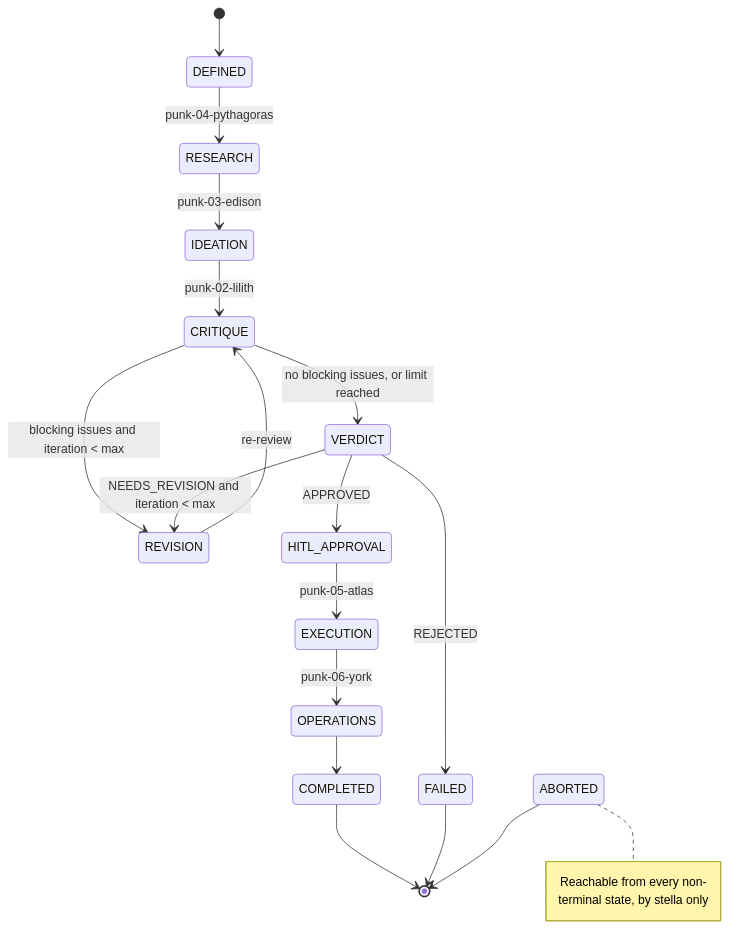
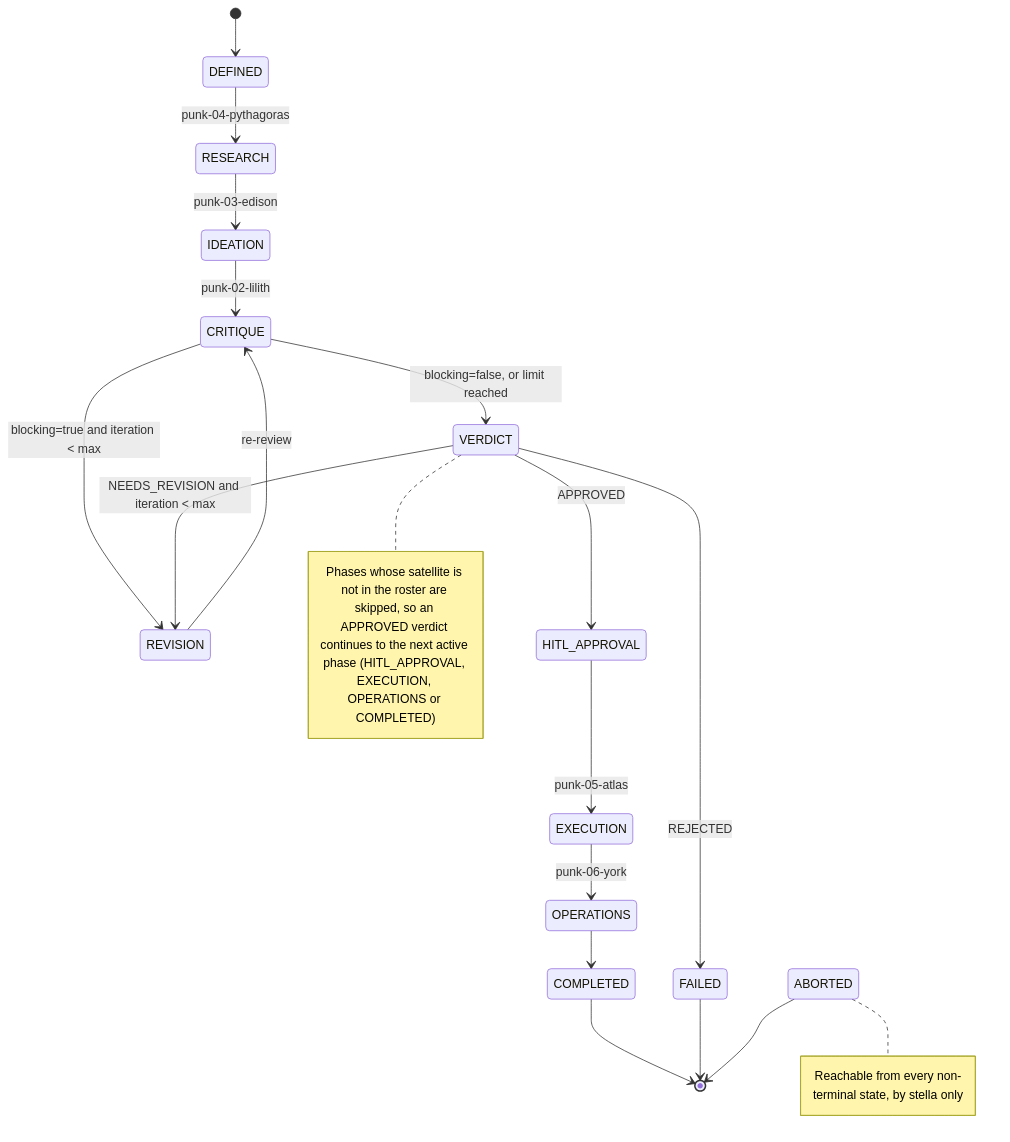
Before and after one commit to ckomiya/vegapunk-agents: the diagram in core/architecture.md, drawn with Mermaid. The commit also changed other lines of this file and 3 other files, not shown here.

Commit message:
fix(core): add machine-readable blocking flag to critiques (phase 1a)

````diff
--- a/core/architecture.md
+++ b/core/architecture.md
@@ -75,20 +75,21 @@
 ```mermaid
 stateDiagram-v2
     [*] --> DEFINED
     DEFINED --> RESEARCH : punk-04-pythagoras
     RESEARCH --> IDEATION : punk-03-edison
     IDEATION --> CRITIQUE : punk-02-lilith
-    CRITIQUE --> REVISION : blocking issues and iteration < max
+    CRITIQUE --> REVISION : blocking=true and iteration < max
     REVISION --> CRITIQUE : re-review
-    CRITIQUE --> VERDICT : no blocking issues, or limit reached
+    CRITIQUE --> VERDICT : blocking=false, or limit reached
     VERDICT --> REVISION : NEEDS_REVISION and iteration < max
     VERDICT --> HITL_APPROVAL : APPROVED
     VERDICT --> FAILED : REJECTED
     HITL_APPROVAL --> EXECUTION : punk-05-atlas
     EXECUTION --> OPERATIONS : punk-06-york
     OPERATIONS --> COMPLETED
     COMPLETED --> [*]
     FAILED --> [*]
     ABORTED --> [*]
     note right of ABORTED : Reachable from every non-terminal state, by stella only
+    note right of VERDICT : Phases whose satellite is not in the roster are skipped, so an APPROVED verdict continues to the next active phase (HITL_APPROVAL, EXECUTION, OPERATIONS or COMPLETED)
 ```
````
